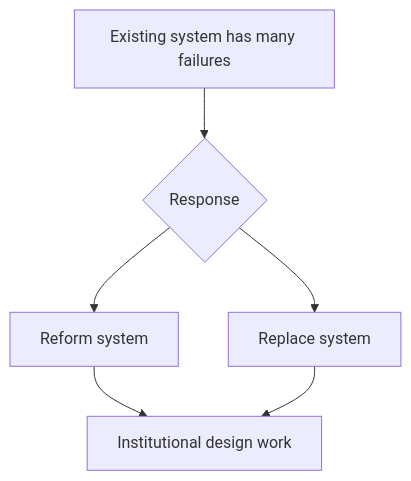
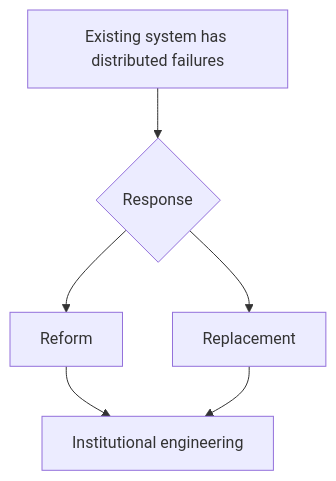
The tenth of 14 diagrams in 🌕_5_Long_Strategies/💸_Business_Is_Tooling/💸_making_harm_too_expensive_to_continue.md (josefsbreakfast/Polaris-Protocol), drawn with Mermaid before and after one commit. The commit also changed other lines of this file, not shown here.

````diff
--- a/🌕_5_Long_Strategies/💸_Business_Is_Tooling/💸_making_harm_too_expensive_to_continue.md
+++ b/🌕_5_Long_Strategies/💸_Business_Is_Tooling/💸_making_harm_too_expensive_to_continue.md
@@ -612,11 +527,11 @@
 ```mermaid
 flowchart TD
-    A[Existing system has many failures]
+    A[Existing system has distributed failures]
     --> B{Response}
 
-    B --> C[Reform system]
-    B --> D[Replace system]
+    B --> C[Reform]
+    B --> D[Replacement]
 
-    C --> E[Institutional design work]
+    C --> E[Institutional engineering]
     D --> E
 ```
````
